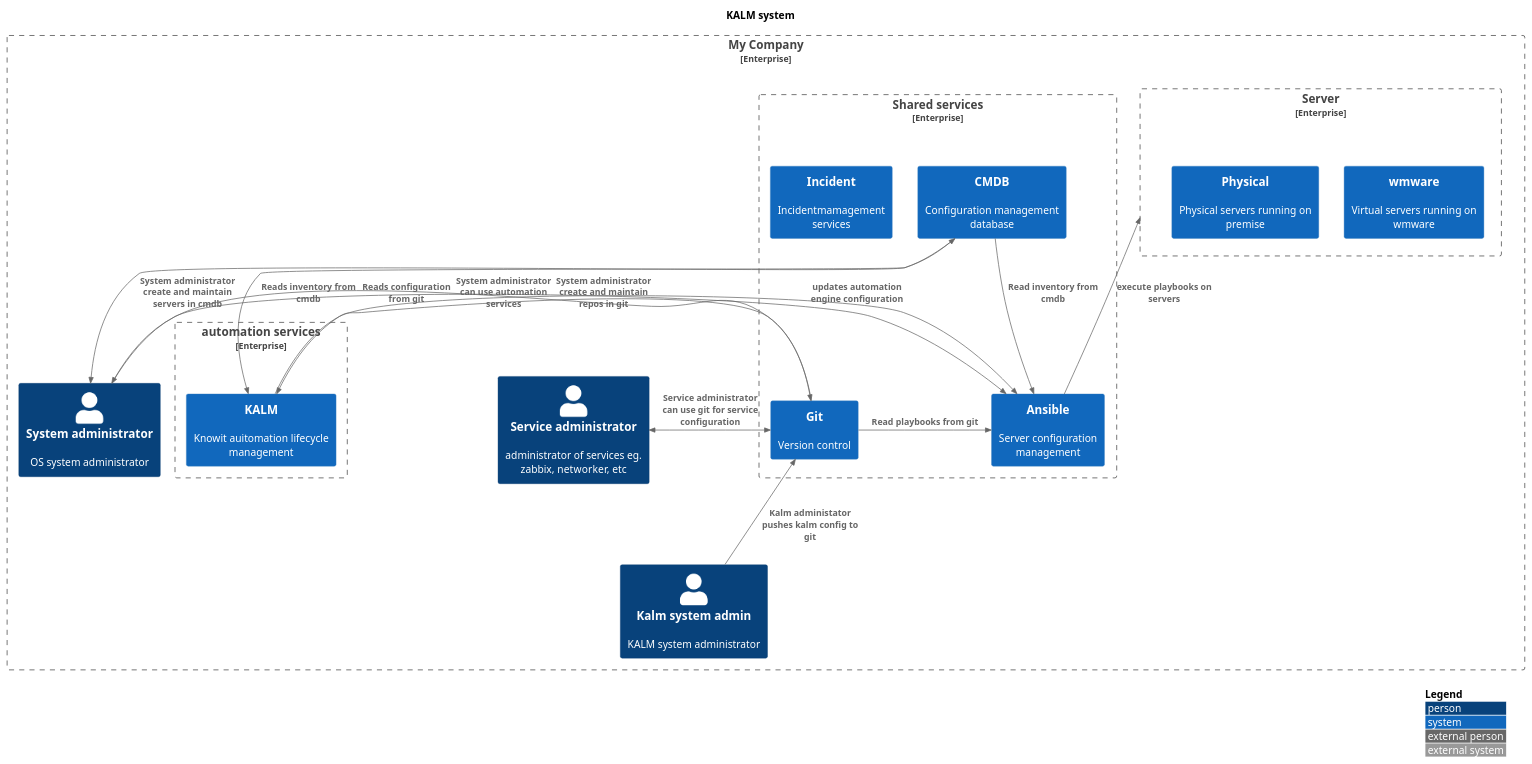
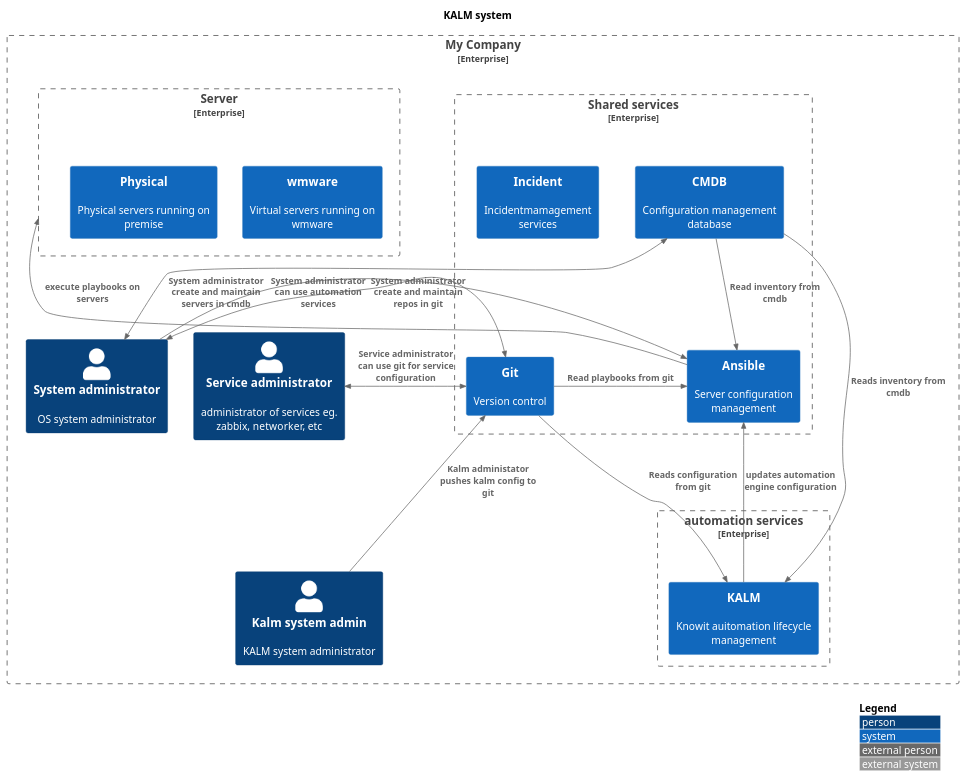
The diagram in diagrams/kalm.puml (JakobHolstDK/infowall), drawn with PlantUML before and after one commit.

Commit message:
no write

```diff
--- a/diagrams/kalm.puml
+++ b/diagrams/kalm.puml
@@ -1,67 +1,67 @@
 @startuml
 !include https://raw.githubusercontent.com/plantuml-stdlib/C4-PlantUML/master/C4_Context.puml
 
 ' uncomment the following line and comment the first to use locally
 ' !include C4_Context.puml
 
 LAYOUT_TOP_DOWN()
 'LAYOUT_AS_SKETCH()
 LAYOUT_WITH_LEGEND()
 
 
 title   KALM system
 
 
 Enterprise_Boundary(c0, "My Company", "My awesome organisation") {
 
 Person(kalmadmin, "Kalm system admin", "KALM system administrator")
 Person(systemadmin, "System administrator", "OS system administrator")
 Person(serviceadmin, "Service administrator", "administrator of services eg. zabbix, networker, etc")
 Enterprise_Boundary(c2, "Server ", "Virtuelle servere") {
     System(vmware, "wmware", "Virtual servers running on wmware")
     System(physicalservers, "Physical", "Physical servers running on premise")
 }
 
 Enterprise_Boundary(c3, "Shared services", "Shared services in the organisation") {
     System(cmdb, "CMDB", "Configuration management database")
     System(automation, "Ansible", "Server configuration management")
     System(git, "Git", "Version control")
     System(incident, "Incident", "Incidentmamagement services")
 }
 
 Enterprise_Boundary(c1, "automation services", "Automation services") {
     System(kalm, "KALM", "Knowit auitomation lifecycle management")
 }
 
 
 }
 
 Lay_L(serviceadmin, systemadmin)
 Lay_R(serviceadmin, kalmadmin)
 
 
 
 
 Rel_Neighbor(git, automation, "Read playbooks from git")
 Rel_D(cmdb, automation, "Read inventory from cmdb")
 Rel_U(automation, c2 , "execute playbooks on servers")
 
 
 Rel_U(kalmadmin, git, "Kalm administator pushes kalm config to git")
 
 Rel_U(systemadmin, automation, "System administrator can use automation services")
 BiRel_R(systemadmin, git, "System administrator create and maintain repos in git")
 BiRel_L(systemadmin, cmdb, "System administrator create and maintain servers in cmdb")
 BiRel_D(serviceadmin, git, "Service administrator can use git for service configuration")
 
 
 
 
 
 Rel_D(cmdb, kalm, "Reads inventory from cmdb")
 Rel_D(git, kalm, "Reads configuration from git")
 
-Rel_D(kalm, automation, "updates automation engine configuration")
+Rel_L(kalm, automation, "updates automation engine configuration")
 
 
 @enduml
```
